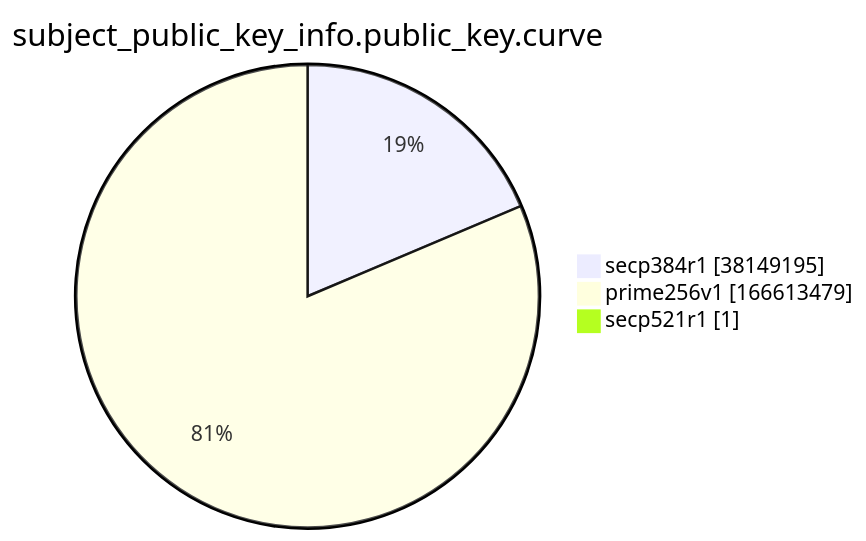
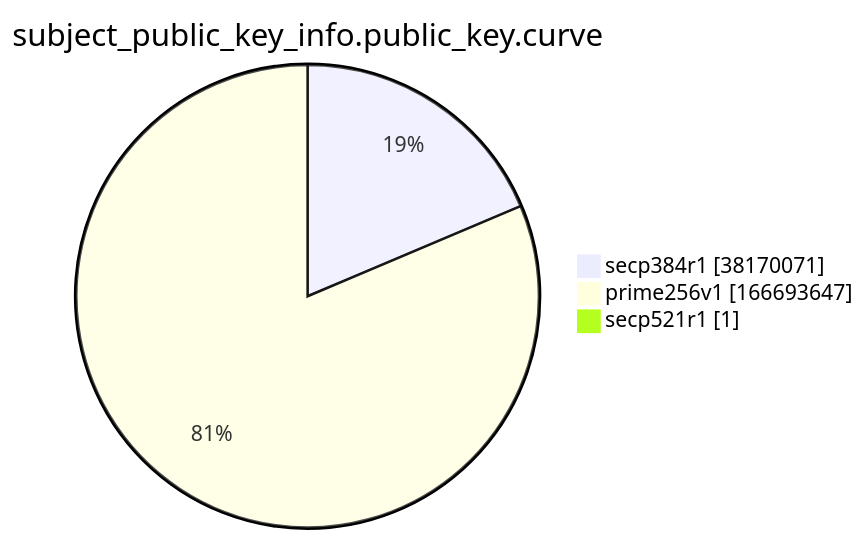
One commit to christiankrug/ctmonitor_visualization changed the ninth of 15 diagrams in argon2022/README.md. Above: the diagram before and after it, drawn with Mermaid. The commit also changed other lines of this file, not shown here.

````diff
--- a/argon2022/README.md
+++ b/argon2022/README.md
@@ -2766,7 +2766,7 @@
 ```mermaid
 pie showData
 title subject_public_key_info.public_key.curve
-"secp384r1" :38149195
-"prime256v1" :166613479
+"secp384r1" :38170071
+"prime256v1" :166693647
 "secp521r1" :1
 ```
````
